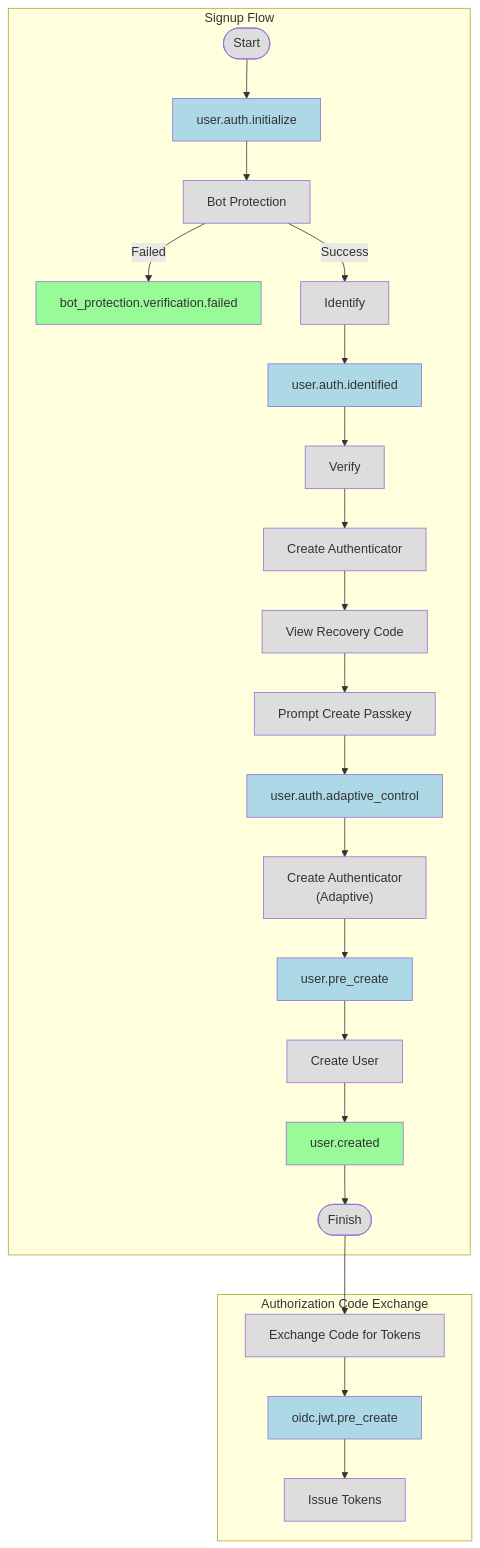
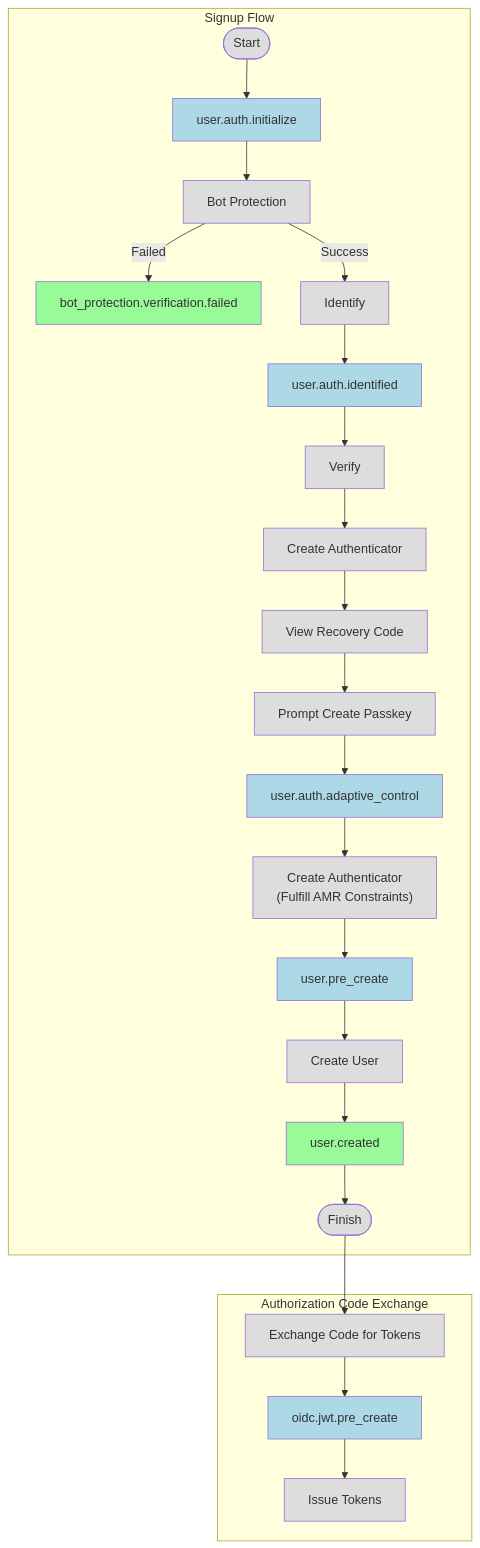
One commit to authgear/authgear-server changed the fourth of 5 diagrams in docs/specs/event.md. Above: the diagram before and after it, drawn with Mermaid. The commit also changed other lines of this file, not shown here.

Commit message:
Add more steps to the login flow diagram

````diff
--- a/docs/specs/event.md
+++ b/docs/specs/event.md
@@ -960,36 +960,36 @@
 ```mermaid
 flowchart TD
     subgraph "Signup Flow"
         Start([Start])
         Start --> UserAuthInitialize[user.auth.initialize]
         UserAuthInitialize --> BotProtection[Bot Protection]
         BotProtection -- "Failed" --> BotProtectionFailed[bot_protection.verification.failed]
         BotProtection -- "Success" --> Identify[Identify]
         Identify --> UserAuthIdentified[user.auth.identified]
         UserAuthIdentified --> Verify[Verify]
         Verify --> CreateAuthenticator[Create Authenticator]
         CreateAuthenticator --> ViewRecoveryCode[View Recovery Code]
         ViewRecoveryCode --> PromptCreatePasskey[Prompt Create Passkey]
         PromptCreatePasskey --> UserAuthAdaptiveControl[user.auth.adaptive_control]
-        UserAuthAdaptiveControl --> CreateAuthenticatorAdaptive["Create Authenticator<br>(Adaptive)"]
+        UserAuthAdaptiveControl --> CreateAuthenticatorAdaptive["Create Authenticator<br>(Fulfill AMR Constraints)"]
         CreateAuthenticatorAdaptive --> UserPreCreate[user.pre_create]
         UserPreCreate --> CreateUser[Create User]
         CreateUser --> UserCreated[user.created]
         UserCreated --> FinishSignup([Finish])
     end
 
     subgraph "Authorization Code Exchange"
         ExchangeCode[Exchange Code for Tokens]
         ExchangeCode --> OIDCJWTPreCreate[oidc.jwt.pre_create]
         OIDCJWTPreCreate --> IssueTokens[Issue Tokens]
     end
 
     FinishSignup --> ExchangeCode
 
     classDef event fill:#98FB98
     classDef blockingEvent fill:#ADD8E6
     classDef processNode fill:#dddddd
     class BotProtectionFailed,UserCreated event
     class UserAuthInitialize,UserAuthIdentified,UserAuthAdaptiveControl,UserPreCreate,OIDCJWTPreCreate blockingEvent
     class Start,BotProtection,Identify,Verify,CreateAuthenticator,ViewRecoveryCode,PromptCreatePasskey,CreateAuthenticatorAdaptive,CreateUser,FinishSignup,ExchangeCode,IssueTokens processNode
 ```
````
